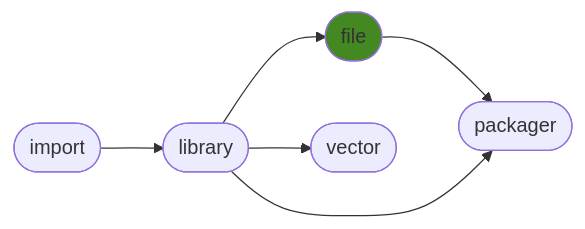
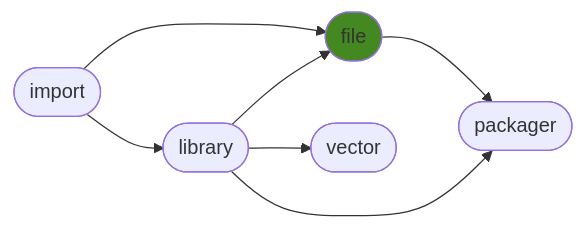
Before and after one commit to ManderaGeneral/generalfile: the diagram in README.md, drawn with Mermaid. The commit also changed other lines of this file, not shown here.

````diff
--- a/README.md
+++ b/README.md
@@ -16,14 +16,15 @@
 ```mermaid
 flowchart LR
 2([file]) --> 4([packager])
+1([library]) --> 4([packager])
 0([import]) --> 1([library])
-1([library]) --> 4([packager])
+0([import]) --> 2([file])
+1([library]) --> 2([file])
 1([library]) --> 3([vector])
-1([library]) --> 2([file])
 click 0 "https://github.com/ManderaGeneral/generalimport"
 click 1 "https://github.com/ManderaGeneral/generallibrary"
 click 2 "https://github.com/ManderaGeneral/generalfile"
 click 3 "https://github.com/ManderaGeneral/generalvector"
 click 4 "https://github.com/ManderaGeneral/generalpackager"
 style 2 fill:#482
 ```
````
